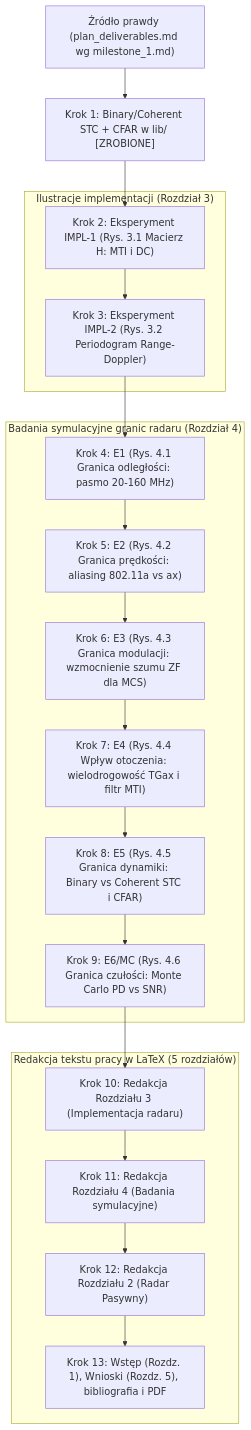
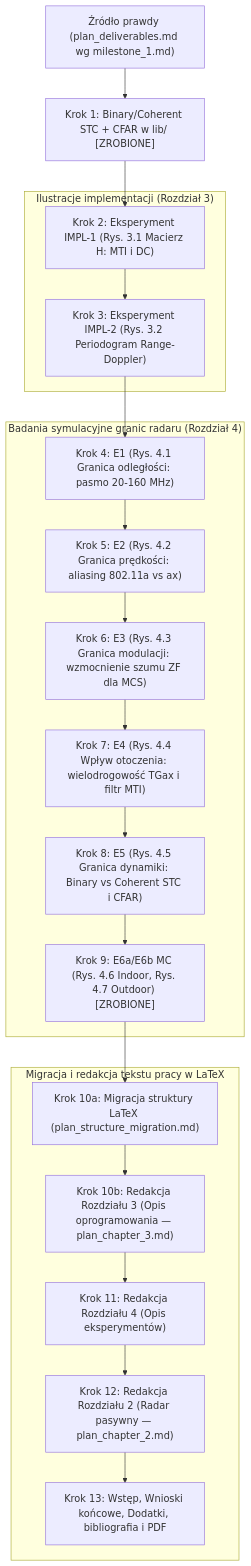
One commit to nix746/wifi-radar changed the diagram in docs/plan_work_order.md. Above: the diagram before and after it, drawn with Mermaid. The commit also changed other lines of this file and 5 other files, not shown here.

````diff
--- a/docs/plan_work_order.md
+++ b/docs/plan_work_order.md
@@ -63,35 +64,37 @@
 ```mermaid
 flowchart TD
     D["Źródło prawdy (plan_deliverables.md wg milestone_1.md)"]
     K1["Krok 1: Binary/Coherent STC + CFAR w lib/ [ZROBIONE]"]
     
     subgraph EXP_IMPL["Ilustracje implementacji (Rozdział 3)"]
         K2["Krok 2: Eksperyment IMPL-1 (Rys. 3.1 Macierz H: MTI i DC)"]
         K3["Krok 3: Eksperyment IMPL-2 (Rys. 3.2 Periodogram Range-Doppler)"]
     end
 
     subgraph EXP_SIM["Badania symulacyjne granic radaru (Rozdział 4)"]
         K4["Krok 4: E1 (Rys. 4.1 Granica odległości: pasmo 20-160 MHz)"]
         K5["Krok 5: E2 (Rys. 4.2 Granica prędkości: aliasing 802.11a vs ax)"]
         K6["Krok 6: E3 (Rys. 4.3 Granica modulacji: wzmocnienie szumu ZF dla MCS)"]
         K7["Krok 7: E4 (Rys. 4.4 Wpływ otoczenia: wielodrogowość TGax i filtr MTI)"]
         K8["Krok 8: E5 (Rys. 4.5 Granica dynamiki: Binary vs Coherent STC i CFAR)"]
-        K9["Krok 9: E6/MC (Rys. 4.6 Granica czułości: Monte Carlo PD vs SNR)"]
+        K9["Krok 9: E6a/E6b MC (Rys. 4.6 Indoor, Rys. 4.7 Outdoor) [ZROBIONE]"]
     end
 
-    subgraph LATEX["Redakcja tekstu pracy w LaTeX (5 rozdziałów)"]
-        K10["Krok 10: Redakcja Rozdziału 3 (Implementacja radaru)"]
-        K11["Krok 11: Redakcja Rozdziału 4 (Badania symulacyjne)"]
-        K12["Krok 12: Redakcja Rozdziału 2 (Radar Pasywny)"]
-        K13["Krok 13: Wstęp (Rozdz. 1), Wnioski (Rozdz. 5), bibliografia i PDF"]
+    subgraph LATEX["Migracja i redakcja tekstu pracy w LaTeX"]
+        K10a["Krok 10a: Migracja struktury LaTeX (plan_structure_migration.md)"]
+        K10b["Krok 10b: Redakcja Rozdziału 3 (Opis oprogramowania — plan_chapter_3.md)"]
+        K11["Krok 11: Redakcja Rozdziału 4 (Opis eksperymentów)"]
+        K12["Krok 12: Redakcja Rozdziału 2 (Radar pasywny — plan_chapter_2.md)"]
+        K13["Krok 13: Wstęp, Wnioski końcowe, Dodatki, bibliografia i PDF"]
     end
 
     D --> K1
     K1 --> K2
     K2 --> K3
     K3 --> K4 --> K5 --> K6 --> K7 --> K8 --> K9
-    K9 --> K10
-    K10 --> K11
+    K9 --> K10a
+    K10a --> K10b
+    K10b --> K11
     K11 --> K12
     K12 --> K13
 ```
````
